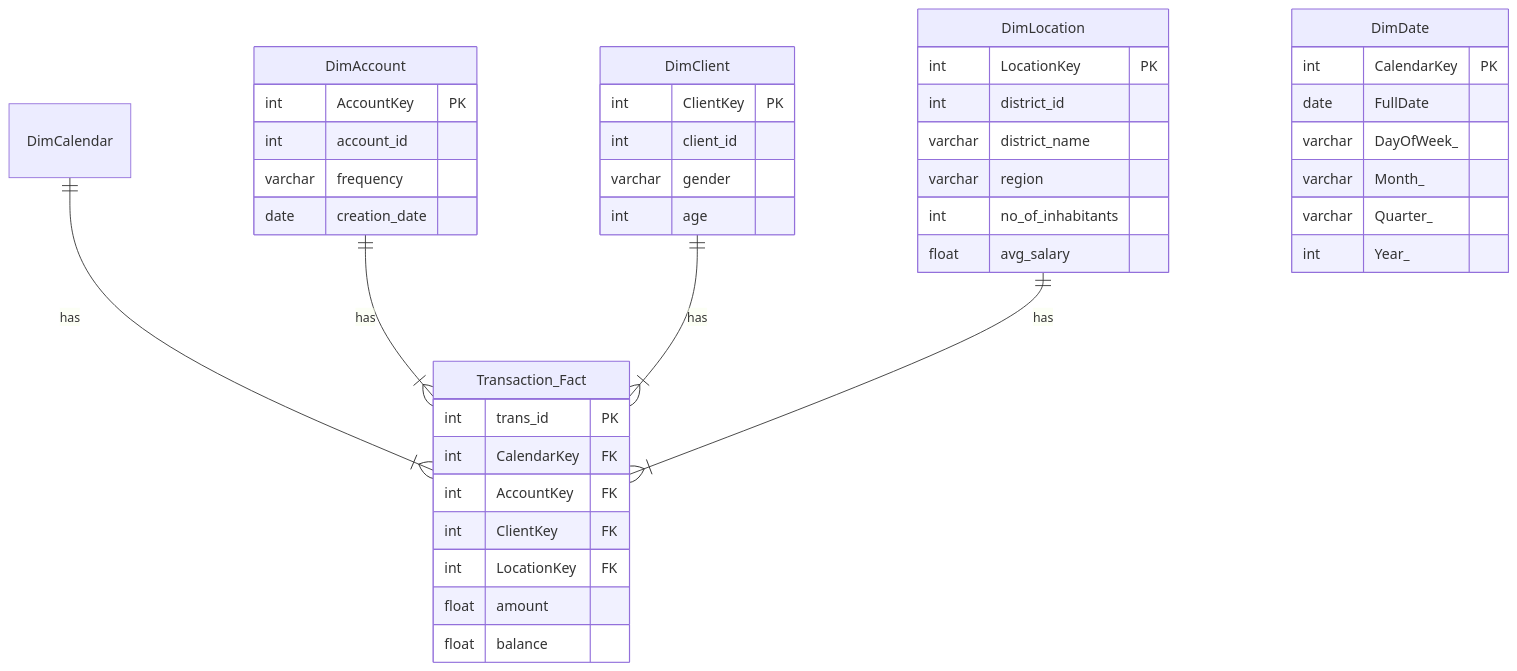
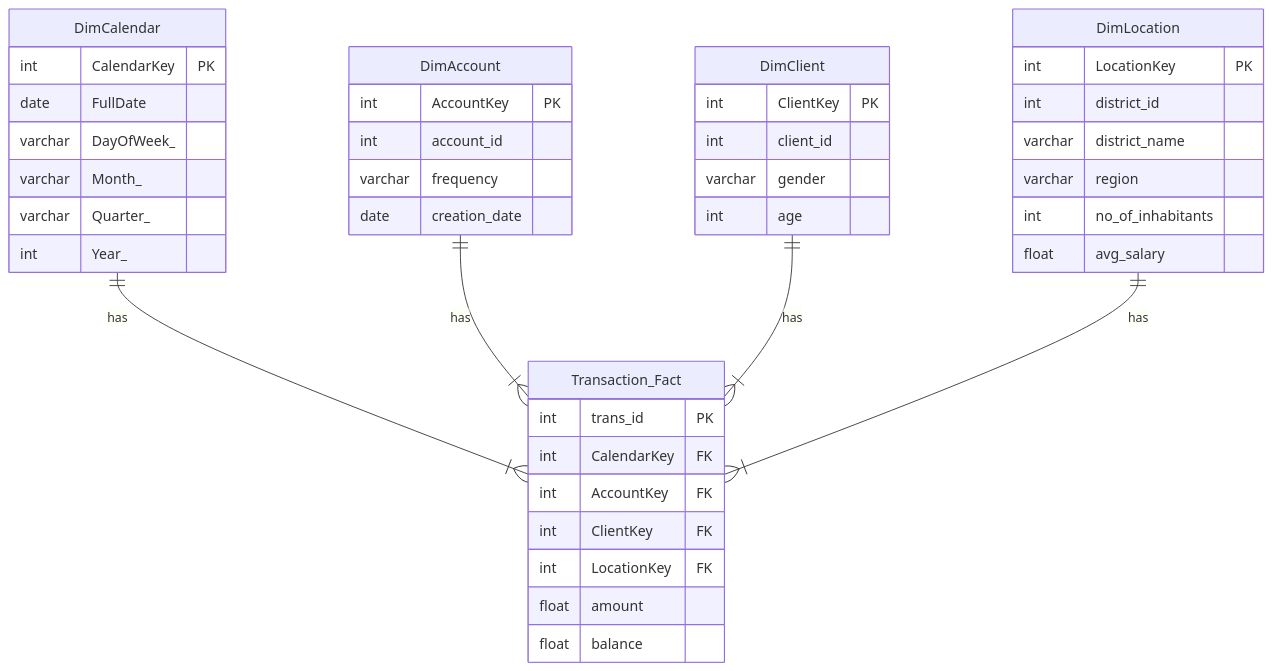
Before and after one commit to Zeeshan-Jamal-365/BANKING-DW: the diagram in README.md, drawn with Mermaid.

````diff
--- a/README.md
+++ b/README.md
@@ -71,49 +71,49 @@
 ```mermaid
 erDiagram
     DimCalendar ||--|{ Transaction_Fact : "has"
     DimAccount ||--|{ Transaction_Fact : "has"
     DimClient ||--|{ Transaction_Fact : "has"
     DimLocation ||--|{ Transaction_Fact : "has"
 
     Transaction_Fact {
         int trans_id PK
         int CalendarKey FK
         int AccountKey FK
         int ClientKey FK
         int LocationKey FK
         float amount
         float balance
     }
 
-    DimDate {
+    DimCalendar {
         int CalendarKey PK
         date FullDate
         varchar DayOfWeek_
         varchar Month_
         varchar Quarter_
         int Year_
     }
 
     DimAccount {
         int AccountKey PK
         int account_id
         varchar frequency
         date creation_date
     }
 
     DimClient {
         int ClientKey PK
         int client_id
         varchar gender
         int age
     }
 
     DimLocation {
         int LocationKey PK
         int district_id
         varchar district_name
         varchar region
         int no_of_inhabitants
         float avg_salary
     }
 ```
````
